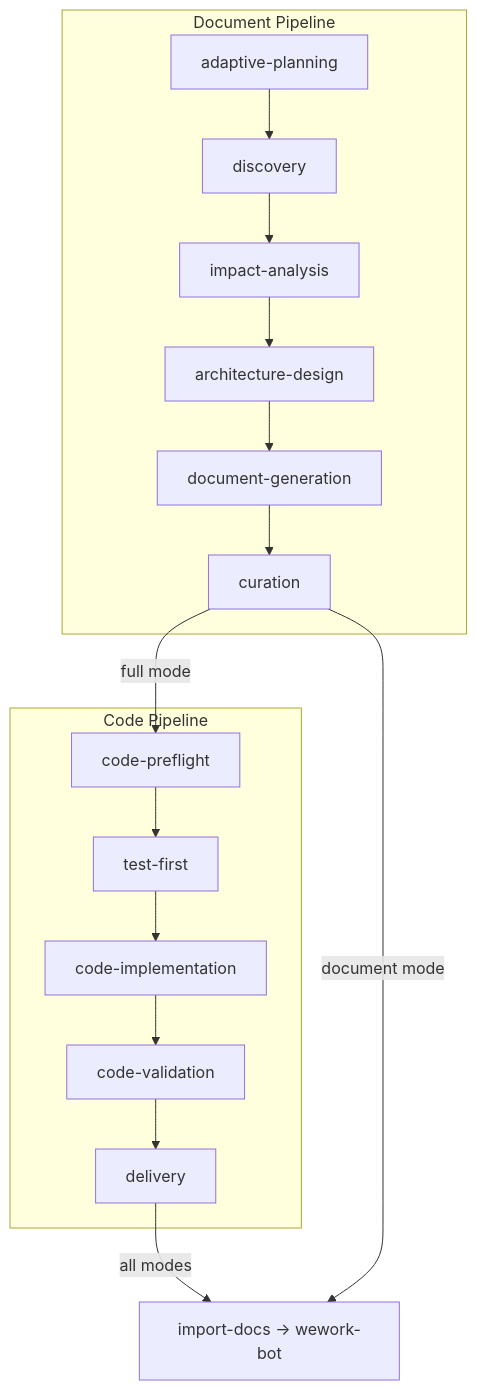
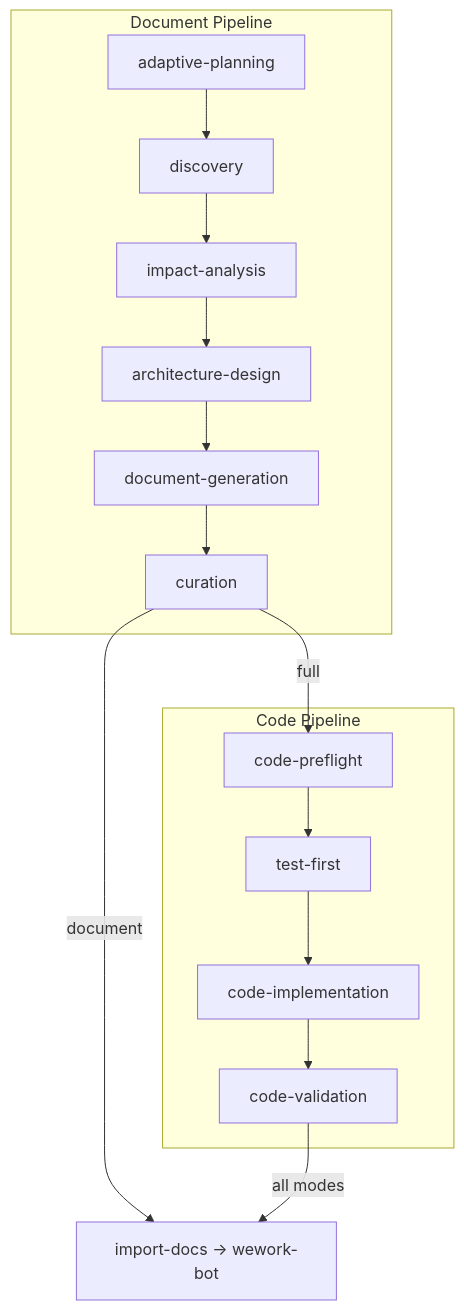
Before and after one commit to effiy/YrY: the diagram in skills/build-feature/SKILL.md, drawn with Mermaid. The commit also changed other lines of this file and 5 other files, not shown here.

````diff
--- a/skills/build-feature/SKILL.md
+++ b/skills/build-feature/SKILL.md
@@ -95,19 +95,12 @@
 ```mermaid
 graph TD
     subgraph Document Pipeline
-        D0[adaptive-planning] --> D1[discovery]
-        D1 --> D2[impact-analysis]
-        D2 --> D3[architecture-design]
-        D3 --> D4[document-generation]
-        D4 --> D5[curation]
+        D0[adaptive-planning] --> D1[discovery] --> D2[impact-analysis] --> D3[architecture-design] --> D4[document-generation] --> D5[curation]
     end
     subgraph Code Pipeline
-        C0[code-preflight] --> C1[test-first]
-        C1 --> C2[code-implementation]
-        C2 --> C3[code-validation]
-        C3 --> C4[delivery]
+        C0[code-preflight] --> C1[test-first] --> C2[code-implementation] --> C3[code-validation]
     end
-    D5 -->|full mode| C0
-    C4 -->|all modes| G[import-docs → wework-bot]
-    D5 -->|document mode| G
+    D5 -->|full| C0
+    D5 -->|document| G[import-docs → wework-bot]
+    C3 -->|all modes| G
 ```
````
